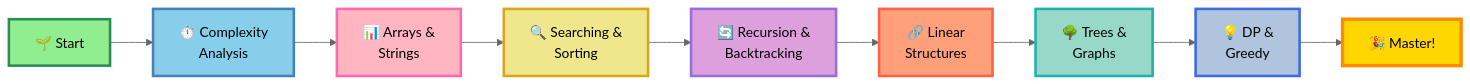
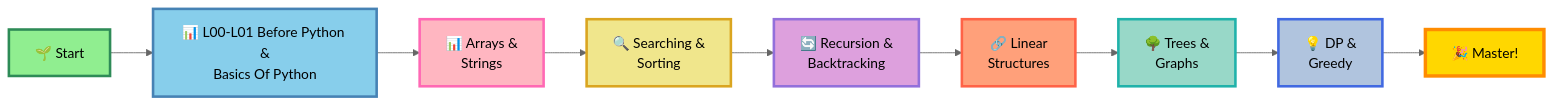
Before and after one commit to ranichandnirani/DSA-With-Python: the diagram in readme.md, drawn with Mermaid (neutral theme). The commit also changed other lines of this file and 1 other file, not shown here.

````diff
--- a/readme.md
+++ b/readme.md
@@ -70,21 +56,21 @@
 ```mermaid
 graph LR
-    A[🌱 Start] --> B[⏱️ Complexity<br/>Analysis]
+    A[🌱 Start] --> B[📊 L00-L01 Before Python &<br/>Basics Of Python]
     B --> C[📊 Arrays &<br/>Strings]
     C --> D[🔍 Searching &<br/>Sorting]
     D --> E[🔄 Recursion &<br/>Backtracking]
     E --> F[🔗 Linear<br/>Structures]
     F --> G[🌳 Trees &<br/>Graphs]
     G --> H[💡 DP &<br/>Greedy]
     H --> I[🎉 Master!]
     
     style A fill:#90EE90,stroke:#2E8B57,stroke-width:3px,color:#000
     style B fill:#87CEEB,stroke:#4682B4,stroke-width:3px,color:#000
     style C fill:#FFB6C1,stroke:#FF69B4,stroke-width:3px,color:#000
     style D fill:#F0E68C,stroke:#DAA520,stroke-width:3px,color:#000
     style E fill:#DDA0DD,stroke:#9370DB,stroke-width:3px,color:#000
     style F fill:#FFA07A,stroke:#FF6347,stroke-width:3px,color:#000
     style G fill:#98D8C8,stroke:#20B2AA,stroke-width:3px,color:#000
     style H fill:#B0C4DE,stroke:#4169E1,stroke-width:3px,color:#000
     style I fill:#FFD700,stroke:#FF8C00,stroke-width:4px,color:#000
 ```
````
